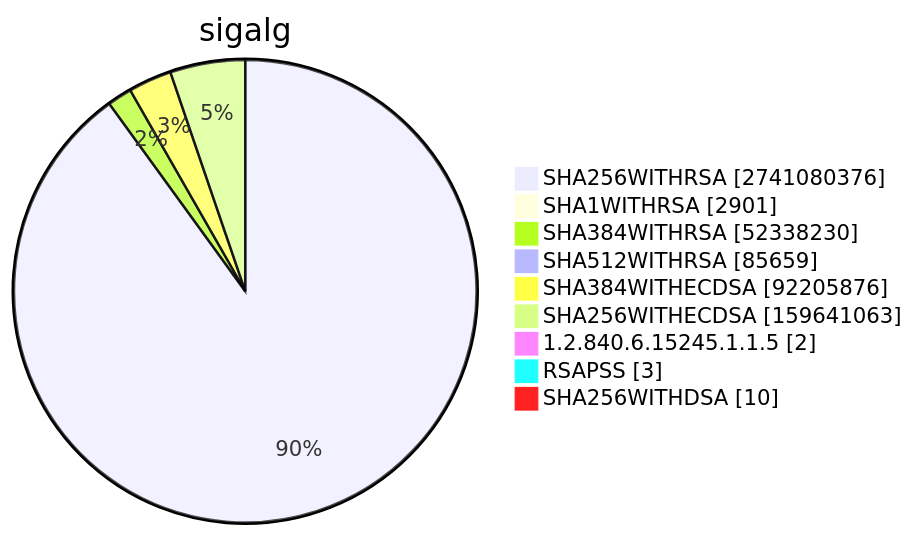
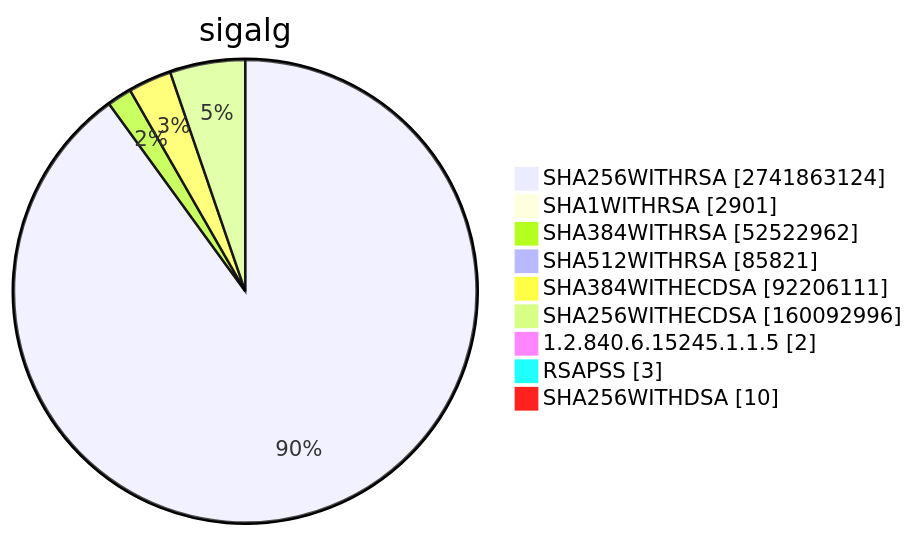
Before and after one commit to christiankrug/ctmonitor_visualization: diagram 15 of 15 in TOTAL/README.md, drawn with Mermaid. The commit also changed other lines of this file, not shown here.

````diff
--- a/TOTAL/README.md
+++ b/TOTAL/README.md
@@ -6205,13 +6206,13 @@
 ```mermaid
 pie showData
 title sigalg
-"SHA256WITHRSA" :2741080376
+"SHA256WITHRSA" :2741863124
 "SHA1WITHRSA" :2901
-"SHA384WITHRSA" :52338230
-"SHA512WITHRSA" :85659
-"SHA384WITHECDSA" :92205876
-"SHA256WITHECDSA" :159641063
+"SHA384WITHRSA" :52522962
+"SHA512WITHRSA" :85821
+"SHA384WITHECDSA" :92206111
+"SHA256WITHECDSA" :160092996
 "1.2.840.6.15245.1.1.5" :2
 "RSAPSS" :3
 "SHA256WITHDSA" :10
 ```
````
